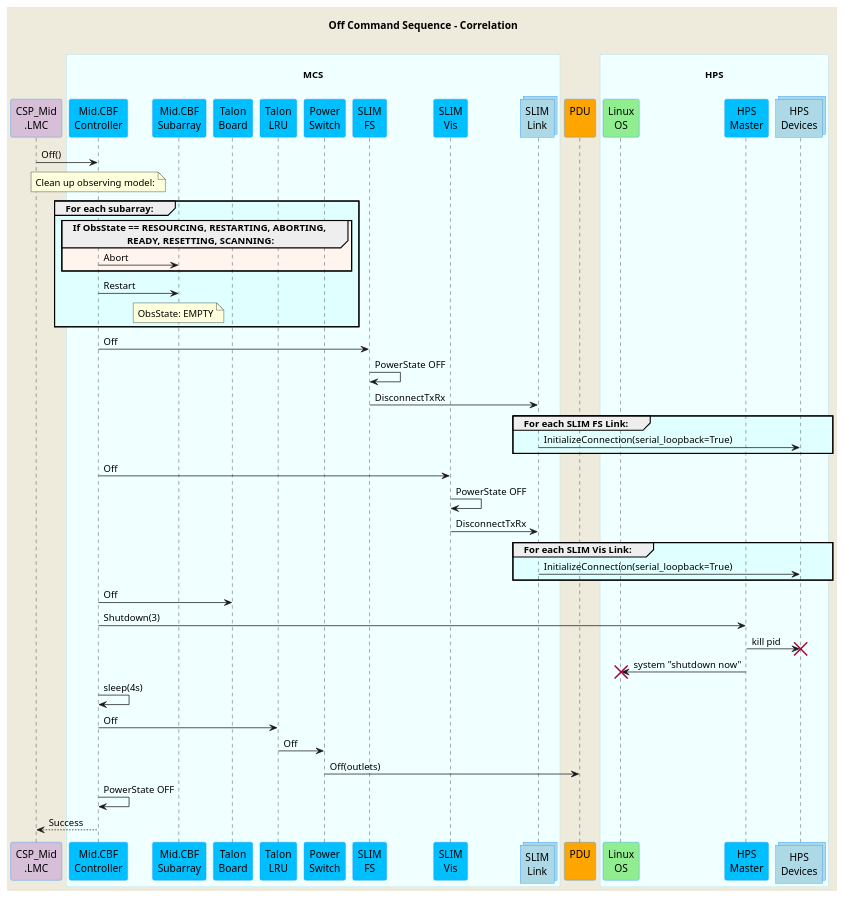
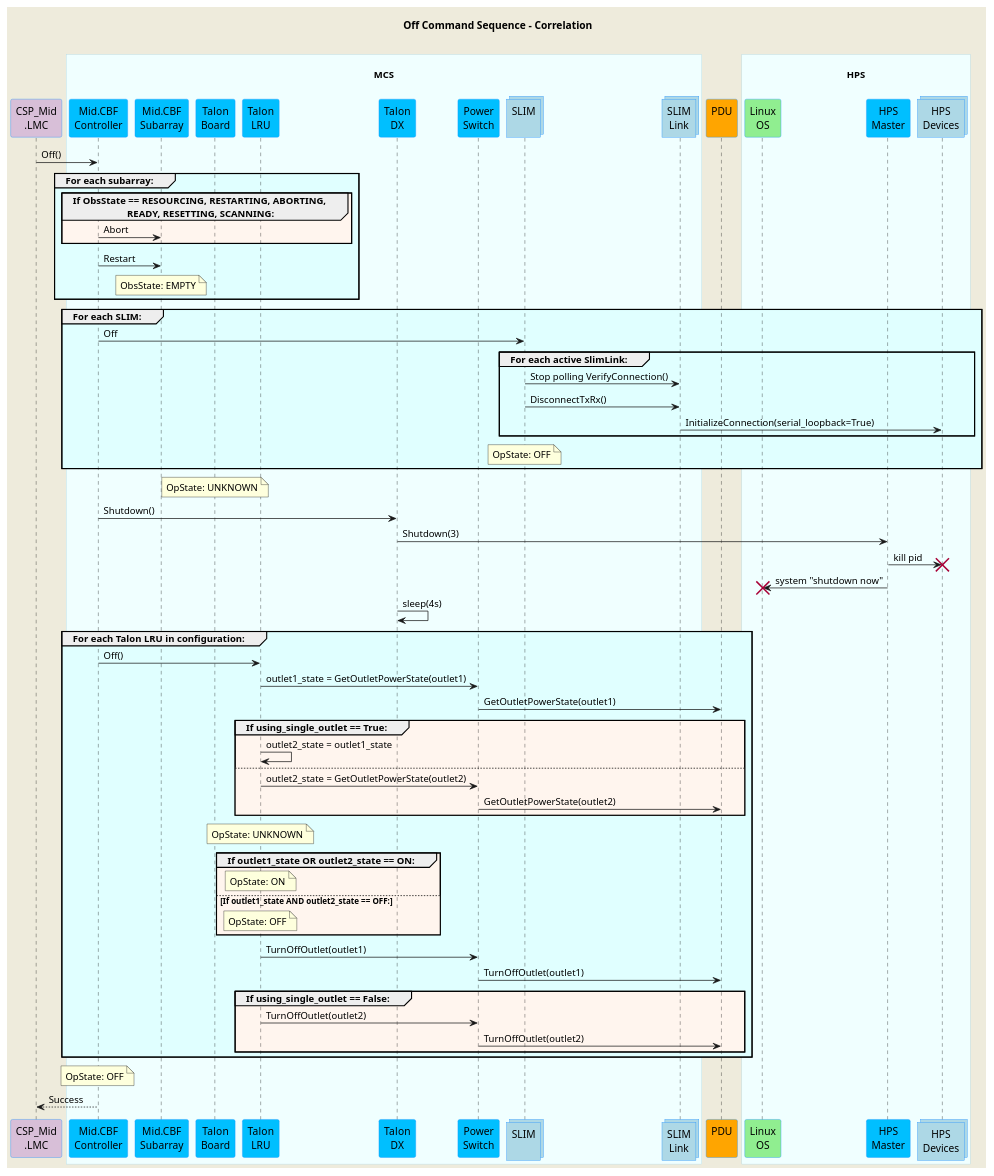
One commit to ska-telescope/mid-cbf-mcs changed the diagram in docs/src/diagrams/off-command-sequence.puml. Above: the diagram before and after it, drawn with PlantUML. The commit also changed 9 other files, not shown here.

```diff
--- a/docs/src/diagrams/off-command-sequence.puml
+++ b/docs/src/diagrams/off-command-sequence.puml
@@ -1,82 +1,97 @@
 @startuml
 'https://plantuml.com/sequence-diagram
 skinparam backgroundColor #EEEBDC
 skinparam sequence {
 ParticipantBorderColor DodgerBlue
 ParticipantBackgroundColor DeepSkyBlue
 ActorBorderColor DarkGreen
 ActorBackgroundColor Green
 BoxBorderColor LightBlue
 BoxBackgroundColor #F0FFFF
 }
 skinparam collections {
   BackGroundColor LightBlue
   BorderColor DodgerBlue
 }
 skinparam database {
   BackgroundColor LightGreen
   BorderColor DarkGreen
 }
 title Off Command Sequence - Correlation\n
 participant "CSP_Mid\n.LMC" as lmc #Thistle
 box "\nMCS\n"
   participant "Mid.CBF\nController" as controller
   participant "Mid.CBF\nSubarray" as subarray
   participant "Talon\nBoard" as talon_board
   participant "Talon\nLRU" as lru
-  participant "Power\nSwitch" as switch
-  participant "SLIM\nFS" as slim_fs
-  participant "SLIM\nVis" as slim_vis
+  participant "Talon\nDX" as tdx
+  participant "Power\nSwitch" as ps
+  collections "SLIM\n" as slim
   collections "SLIM\nLink" as slimlink
 end box
 participant "PDU\n" as pdu #Orange
 box "\nHPS\n"
   participant "Linux\nOS" as os #LightGreen
   participant "HPS\nMaster" as hpsmaster
   collections "HPS\nDevices" as hpsdevices
 end box
 
 lmc -> controller : Off()
 
-note over controller         : Clean up observing model:
-
-
 group #LightCyan For each subarray:
 group #SeaShell If ObsState == RESOURCING, RESTARTING, ABORTING,\n                      READY, RESETTING, SCANNING:
-controller -> subarray   : Abort
+controller -> subarray        : Abort
 end
 
-controller -> subarray   : Restart
-note over subarray       : ObsState: EMPTY
+controller -> subarray        : Restart
+note over subarray            : ObsState: EMPTY
 end loop
 
-controller ->  slim_fs       : Off
-slim_fs    ->  slim_fs       : PowerState OFF
-slim_fs    ->  slimlink      : DisconnectTxRx
+group #LightCyan For each SLIM:
+  controller ->  slim         : Off
 
-group #LightCyan For each SLIM FS Link:
-slimlink   ->  hpsdevices    : InitializeConnection(serial_loopback=True)
-end 
+  group #LightCyan For each active SlimLink:
+    slim      ->  slimlink    : Stop polling VerifyConnection()
+    slim      ->  slimlink    : DisconnectTxRx()
+    slimlink  ->  hpsdevices  : InitializeConnection(serial_loopback=True)
+  end 
+  note over slim              : OpState: OFF
+end group
 
-controller ->  slim_vis      : Off
-slim_vis   ->  slim_vis      : PowerState OFF
-slim_vis   ->  slimlink      : DisconnectTxRx
+note over talon_board          : OpState: UNKNOWN
+controller  ->  tdx            : Shutdown()
+tdx         ->  hpsmaster      : Shutdown(3)
+hpsmaster   ->  hpsdevices !!  : kill pid
+hpsmaster   ->  os !!          : system "shutdown now"
+tdx         ->  tdx            : sleep(4s)
 
-group #LightCyan For each SLIM Vis Link:
-slimlink   ->  hpsdevices    : InitializeConnection(serial_loopback=True)
-end
+group #LightCyan For each Talon LRU in configuration:
+  controller    ->  lru         : Off()
+  lru           ->  ps          : outlet1_state = GetOutletPowerState(outlet1)
+  ps            ->  pdu         : GetOutletPowerState(outlet1)
+  group #SeaShell If using_single_outlet == True:
+    lru         ->  lru         : outlet2_state = outlet1_state
+    else
+    lru         ->  ps          : outlet2_state = GetOutletPowerState(outlet2)
+    ps          ->  pdu         : GetOutletPowerState(outlet2)
+  end group
 
-controller ->  talon_board   : Off
-controller ->  hpsmaster     : Shutdown(3)
-hpsmaster  ->  hpsdevices !! : kill pid
-hpsmaster  ->  os !!         : system "shutdown now"
-controller ->  controller    : sleep(4s)
+  note over lru                 : OpState: UNKNOWN
+  group #SeaShell If outlet1_state OR outlet2_state == ON:
+    note over lru               : OpState: ON
+  else If outlet1_state AND outlet2_state == OFF:
+    note over lru               : OpState: OFF
+  end group
 
-controller ->  lru           : Off
-lru        ->  switch        : Off
-switch     ->  pdu           : Off(outlets)
+  lru           ->  ps          : TurnOffOutlet(outlet1)
+  ps            ->  pdu         : TurnOffOutlet(outlet1)
+  group #SeaShell If using_single_outlet == False:
+    lru         ->  ps          : TurnOffOutlet(outlet2)
+    ps          ->  pdu         : TurnOffOutlet(outlet2)
+  end group
+end group
 
-controller ->  controller    : PowerState OFF
-lmc       <--  controller    : Success
+note over controller           : OpState: OFF
+lmc        <--  controller     : Success
 
 @enduml
```
